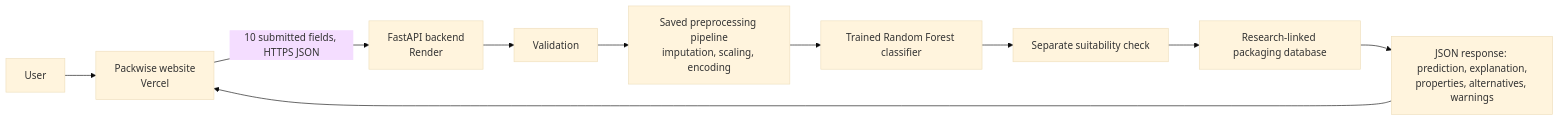
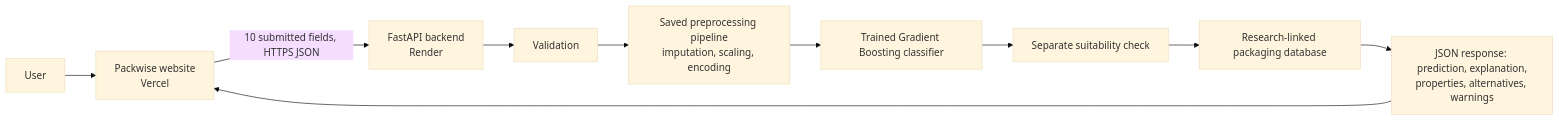
Before and after one commit to Shiladittya01/packwise-sih-26236: the diagram in README.md, drawn with Mermaid (base theme). The commit also changed other lines of this file and 24 other files, not shown here.

````diff
--- a/README.md
+++ b/README.md
@@ -17,12 +17,12 @@
 ```mermaid
 flowchart LR
   U[User] --> F[Packwise website<br/>Vercel]
   F -->|10 submitted fields, HTTPS JSON| A[FastAPI backend<br/>Render]
   A --> V[Validation]
   V --> P[Saved preprocessing pipeline<br/>imputation, scaling, encoding]
-  P --> M[Trained Random Forest classifier]
+  P --> M[Trained Gradient Boosting classifier]
   M --> S[Separate suitability check]
   S --> D[Research-linked packaging database]
   D --> R[JSON response: prediction, explanation,<br/>properties, alternatives, warnings]
   R --> F
 ```
````
